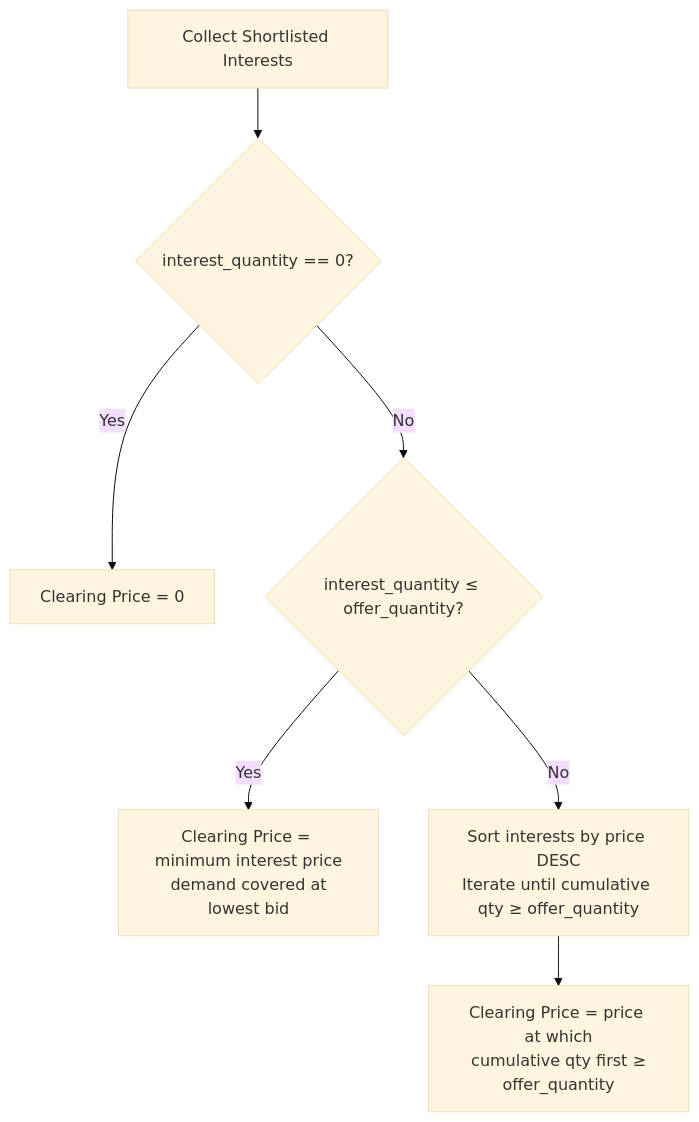
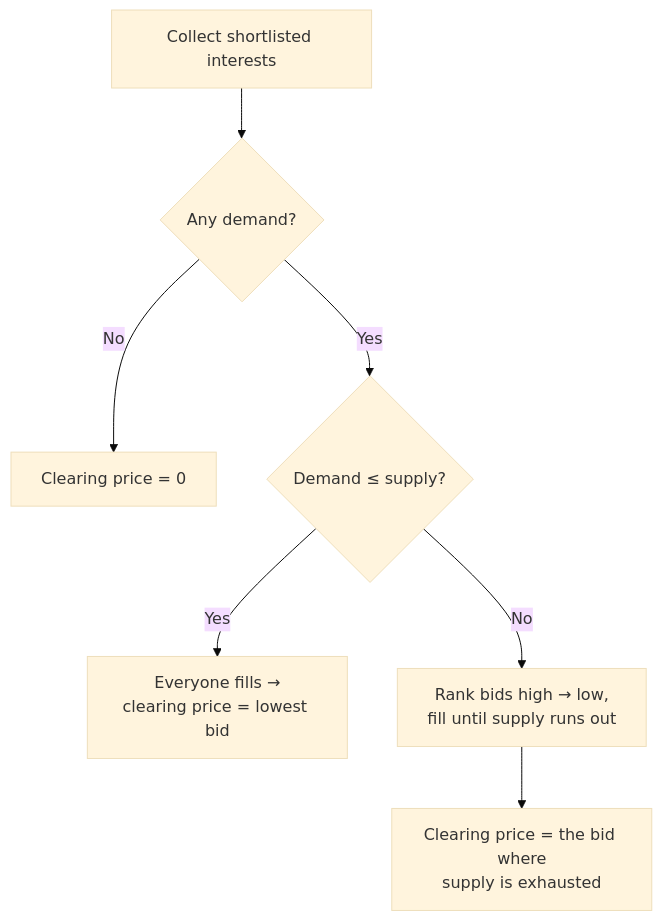
Before and after one commit to sampadadiwan/IRM_CompanyMain: the sixth of 6 diagrams in docs/user_guides/secondary_sales_user_guide.md, drawn with Mermaid (base theme). The commit also changed other lines of this file and 21 other files, not shown here.

````diff
--- a/docs/user_guides/secondary_sales_user_guide.md
+++ b/docs/user_guides/secondary_sales_user_guide.md
@@ -254,9 +201,9 @@
 ```mermaid
 flowchart TD
-    A[Collect Shortlisted Interests] --> B{interest_quantity == 0?}
-    B -- Yes --> C[Clearing Price = 0]
-    B -- No --> D{interest_quantity ≤ offer_quantity?}
-    D -- Yes --> E[Clearing Price = minimum interest price\n demand covered at lowest bid]
-    D -- No --> F[Sort interests by price DESC\nIterate until cumulative qty ≥ offer_quantity]
-    F --> G[Clearing Price = price at which\n cumulative qty first ≥ offer_quantity]
+    A[Collect shortlisted interests] --> B{Any demand?}
+    B -->|No| C[Clearing price = 0]
+    B -->|Yes| D{Demand ≤ supply?}
+    D -->|Yes| E[Everyone fills →<br/>clearing price = lowest bid]
+    D -->|No| F[Rank bids high → low,<br/>fill until supply runs out]
+    F --> G[Clearing price = the bid where<br/>supply is exhausted]
 ```
````
